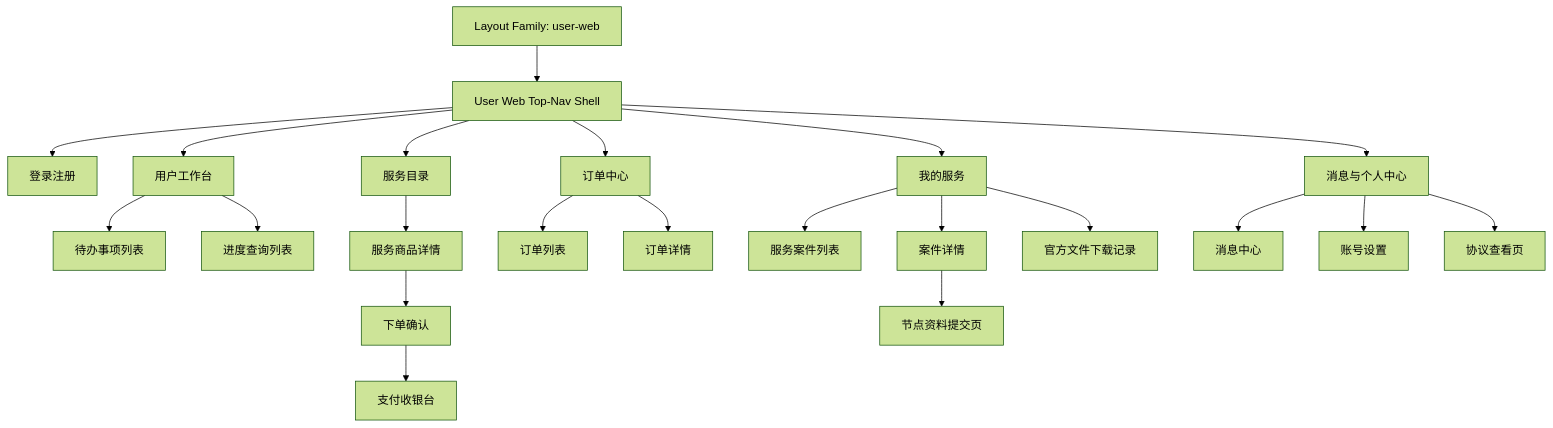
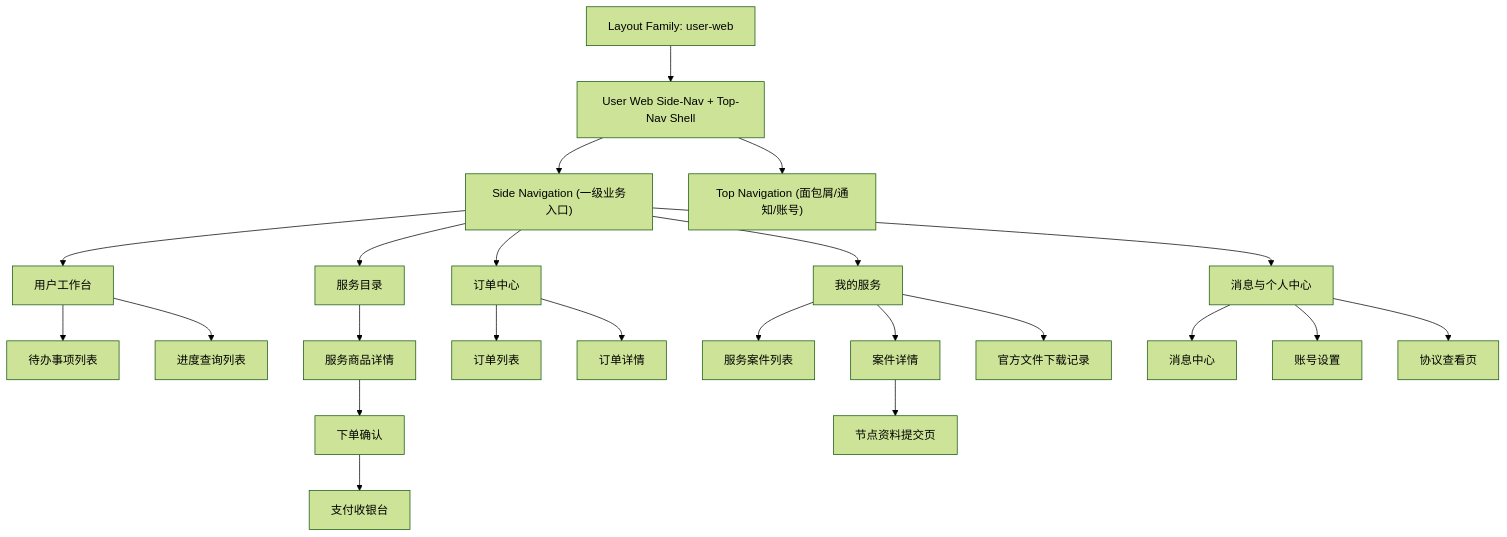
Before and after one commit to WangTW98/PM-Document-Skills: the diagram in product/release/layout/product-layout-release-user-web.md, drawn with Mermaid (forest theme). The commit also changed other lines of this file and 27 other files, not shown here.

````diff
--- a/product/release/layout/product-layout-release-user-web.md
+++ b/product/release/layout/product-layout-release-user-web.md
@@ -33,25 +33,32 @@
-```mermaid
-flowchart TD
-  ROOT["Layout Family: user-web"]
-  ROOT --> SHELL["User Web Top-Nav Shell"]
-  SHELL --> U100["登录注册"]
-  SHELL --> U200["用户工作台"]
-  U200 --> U210["待办事项列表"]
-  U200 --> U220["进度查询列表"]
-  SHELL --> U300["服务目录"]
-  U300 --> U310["服务商品详情"]
-  U310 --> U320["下单确认"]
-  U320 --> U330["支付收银台"]
-  SHELL --> U400["订单中心"]
-  U400 --> U410["订单列表"]
-  U400 --> U420["订单详情"]
-  SHELL --> U500["我的服务"]
-  U500 --> U510["服务案件列表"]
-  U500 --> U520["案件详情"]
-  U520 --> U521["节点资料提交页"]
-  U500 --> U530["官方文件下载记录"]
-  SHELL --> U600["消息与个人中心"]
-  U600 --> U610["消息中心"]
-  U600 --> U620["账号设置"]
-  U600 --> U630["协议查看页"]
-```
+ ```mermaid
+ flowchart TD
+   ROOT["Layout Family: user-web"]
+   ROOT --> SHELL["User Web Side-Nav + Top-Nav Shell"]
+   SHELL --> SIDEBAR["Side Navigation (一级业务入口)"]
+   SHELL --> TOPNAV["Top Navigation (面包屑/通知/账号)"]
+   
+   SIDEBAR --> U200["用户工作台"]
+   SIDEBAR --> U300["服务目录"]
+   SIDEBAR --> U400["订单中心"]
+   SIDEBAR --> U500["我的服务"]
+   SIDEBAR --> U600["消息与个人中心"]
+ 
+   U200 --> U210["待办事项列表"]
+   U200 --> U220["进度查询列表"]
+   
+   U300 --> U310["服务商品详情"]
+   U310 --> U320["下单确认"]
+   U320 --> U330["支付收银台"]
+   
+   U400 --> U410["订单列表"]
+   U400 --> U420["订单详情"]
+   
+   U500 --> U510["服务案件列表"]
+   U500 --> U520["案件详情"]
+   U520 --> U521["节点资料提交页"]
+   U500 --> U530["官方文件下载记录"]
+   
+   U600 --> U610["消息中心"]
+   U600 --> U620["账号设置"]
+   U600 --> U630["协议查看页"]
+ ```
````
